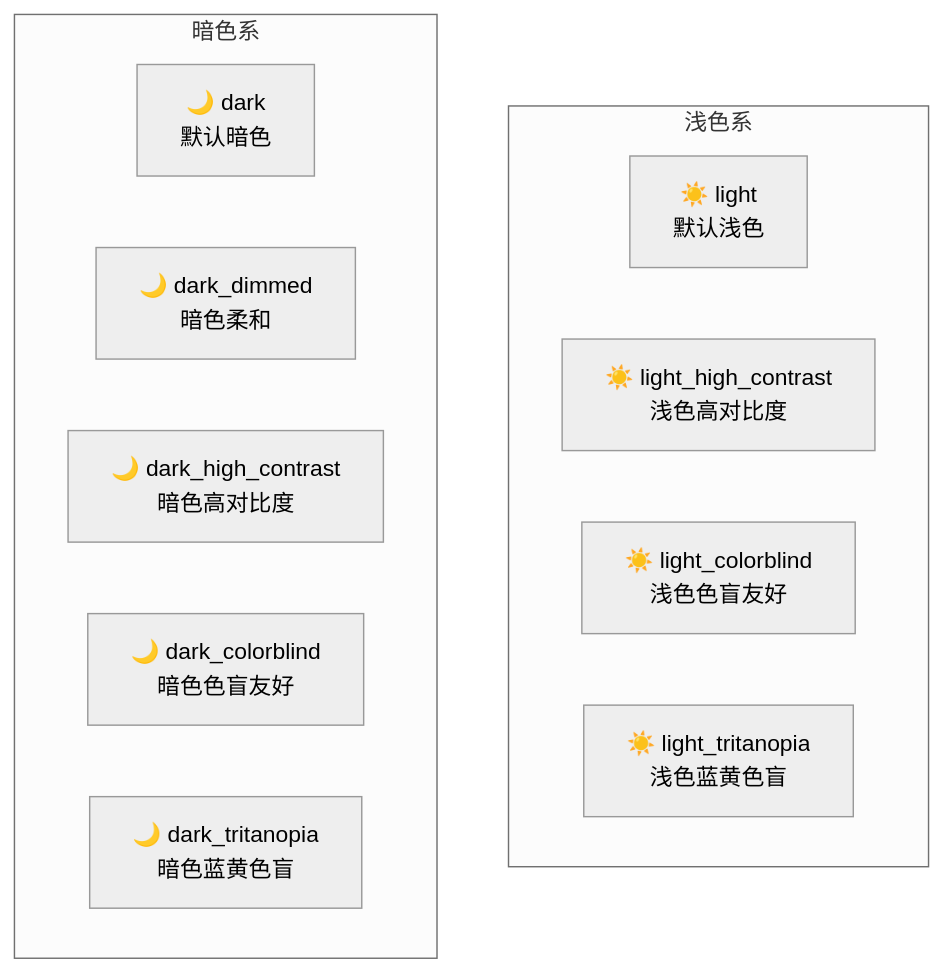
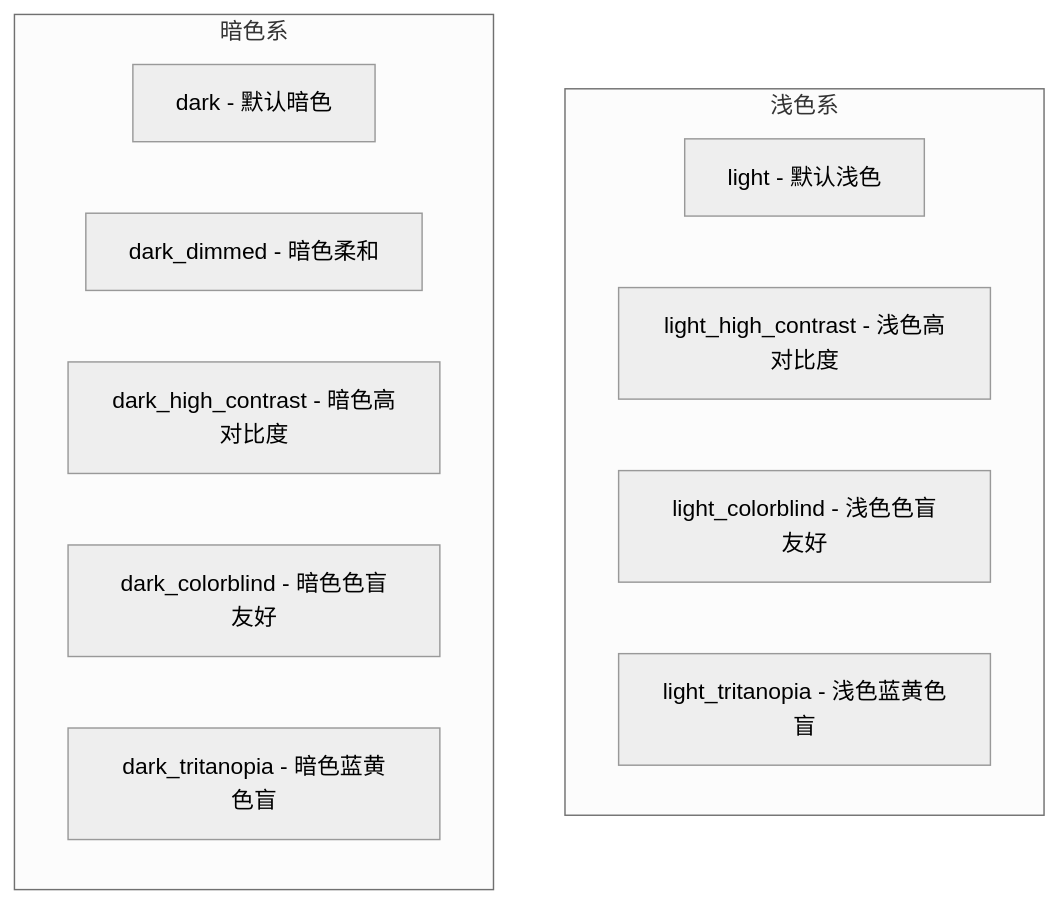
One commit to Cleam/primer-css changed the second of 6 diagrams in learn/10-theming.md. Above: the diagram before and after it, drawn with Mermaid (neutral theme). The commit also changed 10 other files, not shown here.

First line of the commit message:
Fix mermaid diagram syntax for GitHub rendering compatibility

````diff
--- a/learn/10-theming.md
+++ b/learn/10-theming.md
@@ -40,17 +40,17 @@
 ```mermaid
 graph TB
     subgraph "浅色系"
-        L1["☀️ light<br/>默认浅色"]
-        L2["☀️ light_high_contrast<br/>浅色高对比度"]
-        L3["☀️ light_colorblind<br/>浅色色盲友好"]
-        L4["☀️ light_tritanopia<br/>浅色蓝黄色盲"]
+        L1["light - 默认浅色"]
+        L2["light_high_contrast - 浅色高对比度"]
+        L3["light_colorblind - 浅色色盲友好"]
+        L4["light_tritanopia - 浅色蓝黄色盲"]
     end
 
     subgraph "暗色系"
-        D1["🌙 dark<br/>默认暗色"]
-        D2["🌙 dark_dimmed<br/>暗色柔和"]
-        D3["🌙 dark_high_contrast<br/>暗色高对比度"]
-        D4["🌙 dark_colorblind<br/>暗色色盲友好"]
-        D5["🌙 dark_tritanopia<br/>暗色蓝黄色盲"]
+        D1["dark - 默认暗色"]
+        D2["dark_dimmed - 暗色柔和"]
+        D3["dark_high_contrast - 暗色高对比度"]
+        D4["dark_colorblind - 暗色色盲友好"]
+        D5["dark_tritanopia - 暗色蓝黄色盲"]
     end
 ```
````
